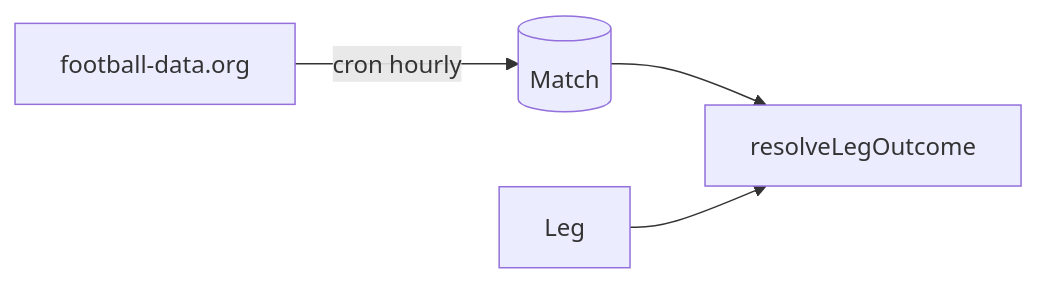
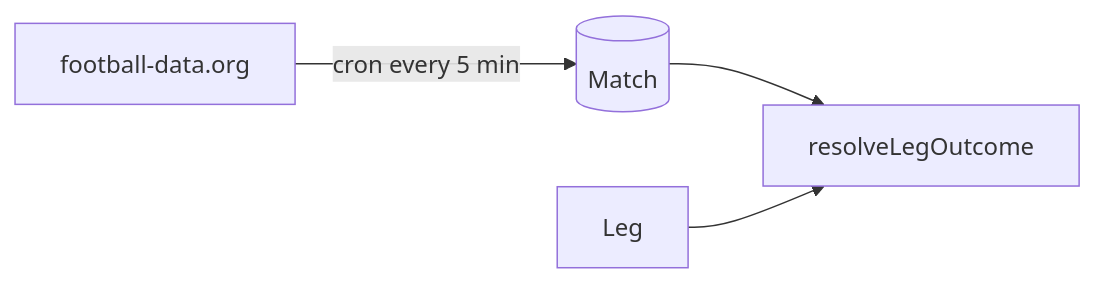
One commit to DanScreen/the-syndicate changed the diagram in docs/specs/competitions-and-results.md. Above: the diagram before and after it, drawn with Mermaid. The commit also changed other lines of this file and 3 other files, not shown here.

First line of the commit message:
Document match sync cron running every 5 minutes.

````diff
--- a/docs/specs/competitions-and-results.md
+++ b/docs/specs/competitions-and-results.md
@@ -104,6 +104,6 @@
 ```mermaid
 flowchart LR
-  FD[football-data.org] -->|cron hourly| Match[(Match)]
+  FD[football-data.org] -->|cron every 5 min| Match[(Match)]
   Match --> Resolve[resolveLegOutcome]
   Leg --> Resolve
 ```
````
